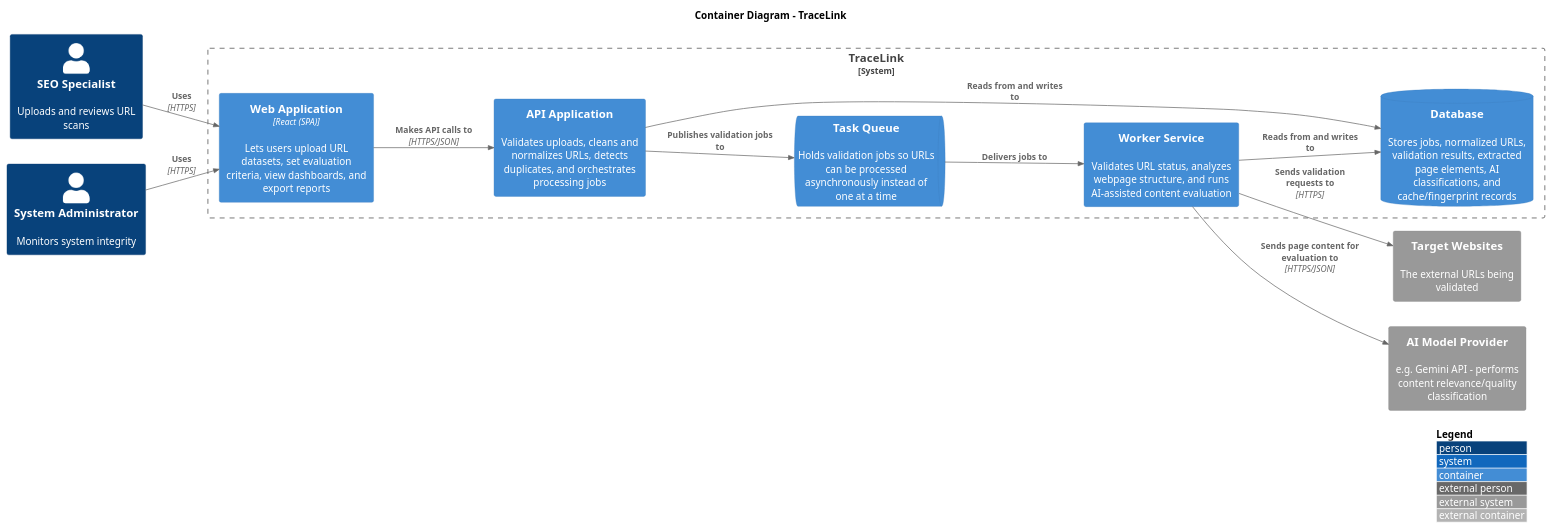
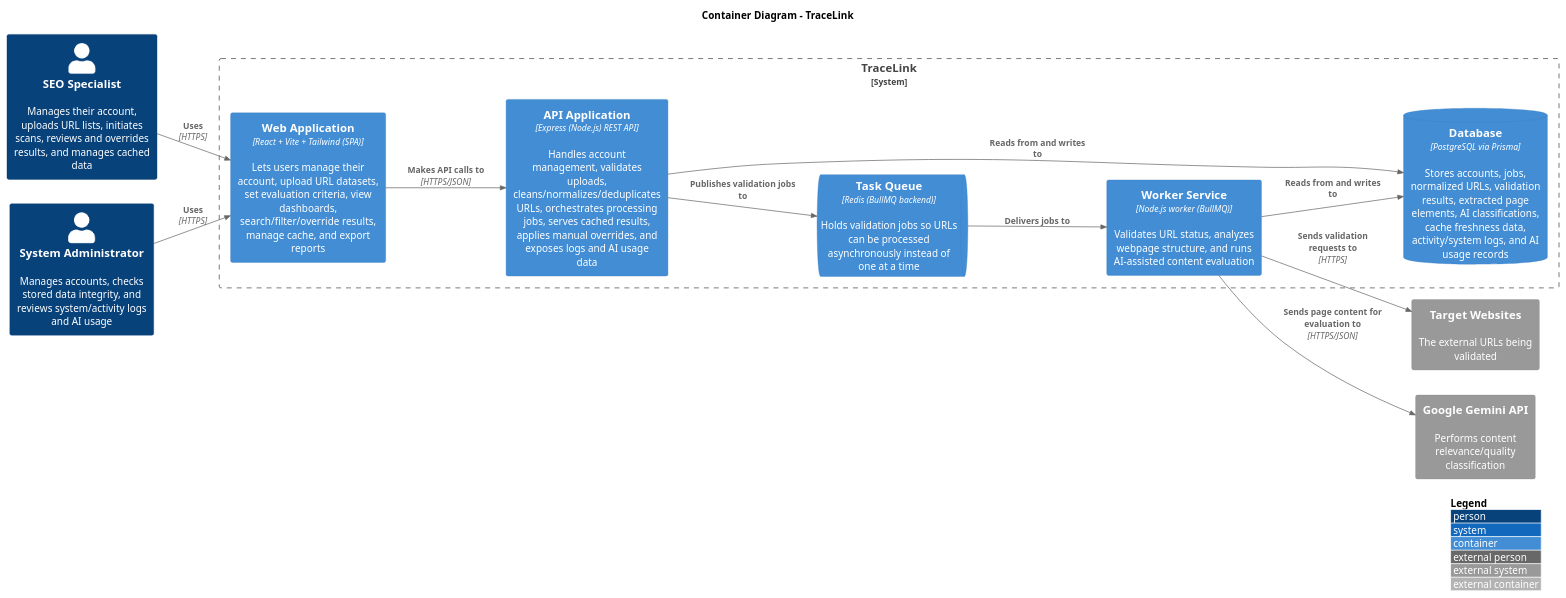
The diagram in docs/c4/container-diagram.puml (APC-SoCIT/APC-2026-2027-T1-SF241-Grp-3-Dark-Triad-TRACELINK-AI-Assisted-Platform), drawn with PlantUML before and after one commit. The commit also changed 1 other file, not shown here.

Commit message:
Updated Container Diagram

```diff
--- a/docs/c4/container-diagram.puml
+++ b/docs/c4/container-diagram.puml
@@ -1,33 +1,33 @@
 @startuml TraceLink_Container_Diagram
-!include http://raw.githubusercontent.com/plantuml-stdlib/C4-PlantUML/master/C4_Container.puml
+!include https://raw.githubusercontent.com/plantuml-stdlib/C4-PlantUML/master/C4_Container.puml
 
 LAYOUT_WITH_LEGEND()
 LAYOUT_LEFT_RIGHT()
 
 title Container Diagram - TraceLink
 
-Person(seo, "SEO Specialist", "Uploads and reviews URL scans")
-Person(admin, "System Administrator", "Monitors system integrity")
+Person(seo, "SEO Specialist", "Manages their account, uploads URL lists, initiates scans, reviews and overrides results, and manages cached data")
+Person(admin, "System Administrator", "Manages accounts, checks stored data integrity, and reviews system/activity logs and AI usage")
 
 System_Boundary(tracelink, "TraceLink") {
-    Container(webapp, "Web Application", "React (SPA)", "Lets users upload URL datasets, set evaluation criteria, view dashboards, and export reports")
-    Container(api, "API Application", "", "Validates uploads, cleans and normalizes URLs, detects duplicates, and orchestrates processing jobs")
-    ContainerQueue(queue, "Task Queue", "", "Holds validation jobs so URLs can be processed asynchronously instead of one at a time")
-    Container(worker, "Worker Service", "", "Validates URL status, analyzes webpage structure, and runs AI-assisted content evaluation")
-    ContainerDb(db, "Database", "", "Stores jobs, normalized URLs, validation results, extracted page elements, AI classifications, and cache/fingerprint records")
+    Container(webapp, "Web Application", "React + Vite + Tailwind (SPA)", "Lets users manage their account, upload URL datasets, set evaluation criteria, view dashboards, search/filter/override results, manage cache, and export reports")
+    Container(api, "API Application", "Express (Node.js) REST API", "Handles account management, validates uploads, cleans/normalizes/deduplicates URLs, orchestrates processing jobs, serves cached results, applies manual overrides, and exposes logs and AI usage data")
+    ContainerQueue(queue, "Task Queue", "Redis (BullMQ backend)", "Holds validation jobs so URLs can be processed asynchronously instead of one at a time")
+    Container(worker, "Worker Service", "Node.js worker (BullMQ)", "Validates URL status, analyzes webpage structure, and runs AI-assisted content evaluation")
+    ContainerDb(db, "Database", "PostgreSQL via Prisma", "Stores accounts, jobs, normalized URLs, validation results, extracted page elements, AI classifications, cache freshness data, activity/system logs, and AI usage records")
 }
 
 System_Ext(websites, "Target Websites", "The external URLs being validated")
-System_Ext(ai, "AI Model Provider", "e.g. Gemini API - performs content relevance/quality classification")
+System_Ext(ai, "Google Gemini API", "Performs content relevance/quality classification")
 
 Rel(seo, webapp, "Uses", "HTTPS")
 Rel(admin, webapp, "Uses", "HTTPS")
 Rel(webapp, api, "Makes API calls to", "HTTPS/JSON")
 Rel(api, queue, "Publishes validation jobs to")
 Rel(queue, worker, "Delivers jobs to")
 Rel(api, db, "Reads from and writes to")
 Rel(worker, db, "Reads from and writes to")
 Rel(worker, websites, "Sends validation requests to", "HTTPS")
 Rel(worker, ai, "Sends page content for evaluation to", "HTTPS/JSON")
 
 @enduml
```
